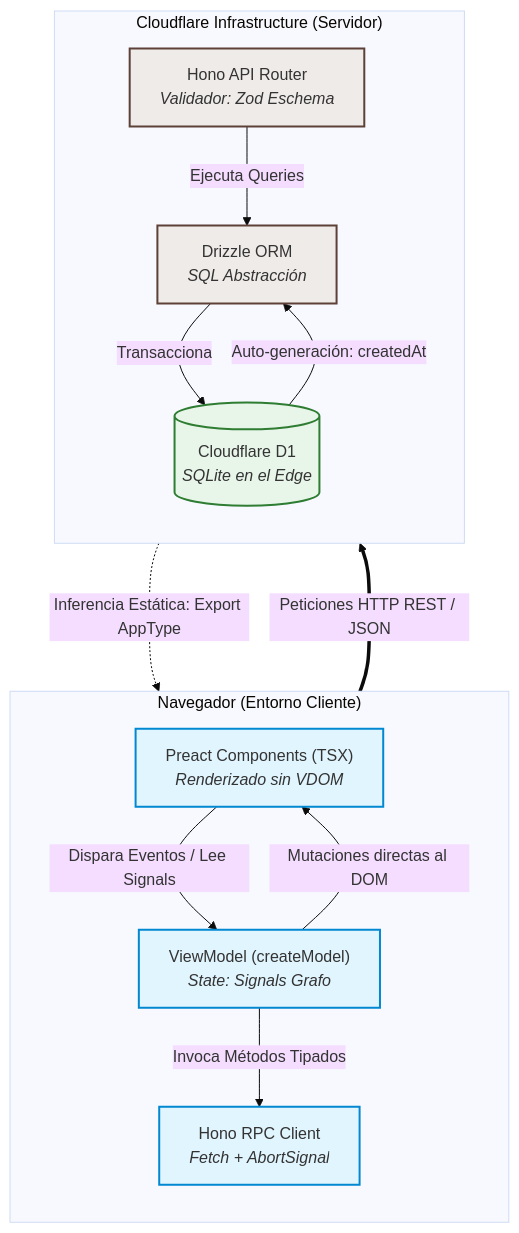
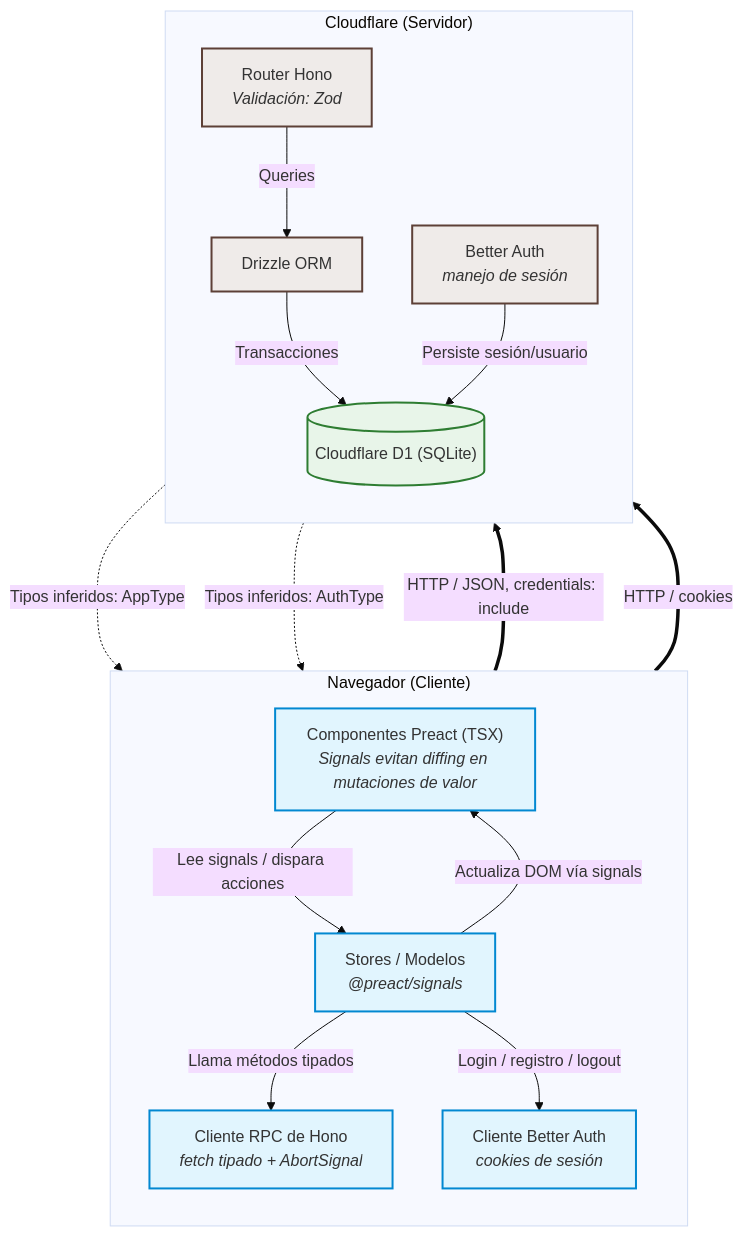
One commit to HernandezDev/taskflow-app changed the diagram in README.md. Above: the diagram before and after it, drawn with Mermaid (base theme). The commit also changed other lines of this file and 1 other file, not shown here.

````diff
--- a/README.md
+++ b/README.md
@@ -47,36 +42,39 @@
 ```mermaid
 graph TD
-    subgraph Browser["Navegador (Entorno Cliente)"]
+    subgraph Browser["Navegador (Cliente)"]
         direction TB
-        UI["Preact Components (TSX)<br/><i>Renderizado sin VDOM</i>"]
-        MVVM["ViewModel (createModel)<br/><i>State: Signals Grafo</i>"]
-        RPC["Hono RPC Client<br/><i>Fetch + AbortSignal</i>"]
-        
-        UI -->|Dispara Eventos / Lee Signals| MVVM
-        MVVM -->|Mutaciones directas al DOM| UI
-        MVVM -->|Invoca Métodos Tipados| RPC
+        UI["Componentes Preact (TSX)<br/><i>Signals evitan diffing en mutaciones de valor</i>"]
+        State["Stores / Modelos<br/><i>@preact/signals</i>"]
+        RPC["Cliente RPC de Hono<br/><i>fetch tipado + AbortSignal</i>"]
+        AuthC["Cliente Better Auth<br/><i>cookies de sesión</i>"]
+
+        UI -->|Lee signals / dispara acciones| State
+        State -->|Actualiza DOM vía signals| UI
+        State -->|Llama métodos tipados| RPC
+        State -->|Login / registro / logout| AuthC
     end
 
-    subgraph Edge["Cloudflare Infrastructure (Servidor)"]
+    subgraph Edge["Cloudflare (Servidor)"]
         direction TB
-        API["Hono API Router<br/><i>Validador: Zod Eschema</i>"]
-        ORM["Drizzle ORM<br/><i>SQL Abstracción</i>"]
-        D1[("Cloudflare D1<br/><i>SQLite en el Edge</i>")]
-        
-        API -->|Ejecuta Queries| ORM
-        ORM -->|Transacciona| D1
-        D1 -->|Auto-generación: createdAt| ORM
+        API["Router Hono<br/><i>Validación: Zod</i>"]
+        Auth["Better Auth<br/><i>manejo de sesión</i>"]
+        ORM["Drizzle ORM"]
+        D1[("Cloudflare D1 (SQLite)")]
+
+        API -->|Queries| ORM
+        ORM -->|Transacciones| D1
+        Auth -->|Persiste sesión/usuario| D1
     end
 
-    %% Canales de Comunicación e Inferencia
-    RPC ===>|Peticiones HTTP REST / JSON| API
-    API -.->|Inferencia Estática: Export AppType| RPC
+    RPC ===>|HTTP / JSON, credentials: include| API
+    AuthC ===>|HTTP / cookies| Auth
+    API -.->|Tipos inferidos: AppType| RPC
+    Auth -.->|Tipos inferidos: AuthType| AuthC
 
     classDef client fill:#e1f5fe,stroke:#0288d1,stroke-width:2px;
     classDef server fill:#efebe9,stroke:#5d4037,stroke-width:2px;
     classDef database fill:#e8f5e9,stroke:#2e7d32,stroke-width:2px;
-    
-    class UI,MVVM,RPC client;
-    class API,ORM server;
+    class UI,State,RPC,AuthC client;
+    class API,Auth,ORM server;
     class D1 database;
- ```
+```
````
